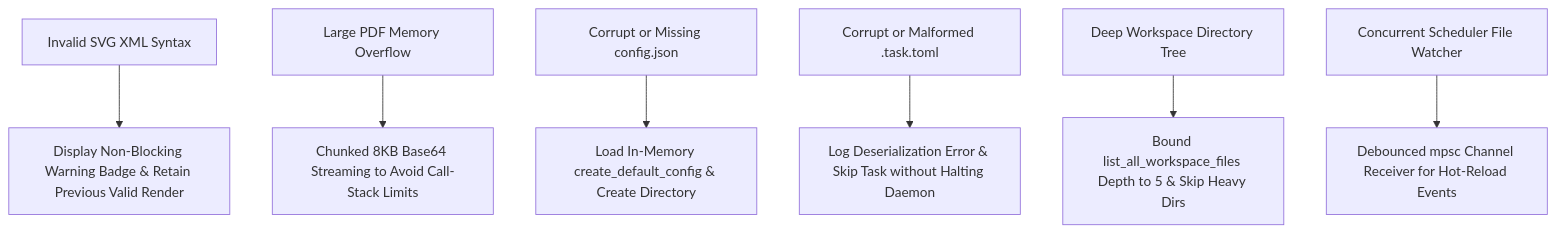
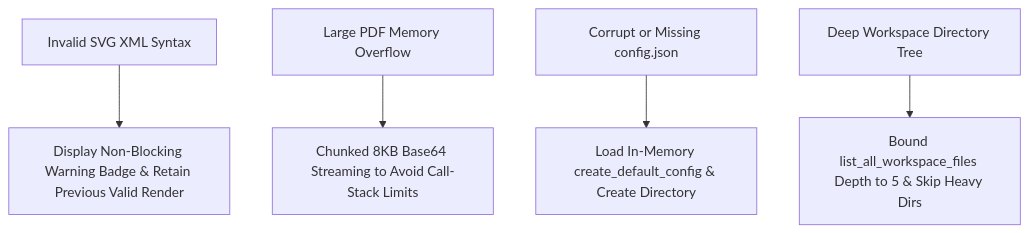
Before and after one commit to zishan049/Composer: the seventh of 8 diagrams in PRD.md, drawn with Mermaid. The commit also changed other lines of this file and 11 other files, not shown here.

````diff
--- a/PRD.md
+++ b/PRD.md
@@ -696,9 +579,7 @@
 ```mermaid
 flowchart TD
     E1[Invalid SVG XML Syntax] --> R1[Display Non-Blocking Warning Badge & Retain Previous Valid Render]
     E2[Large PDF Memory Overflow] --> R2[Chunked 8KB Base64 Streaming to Avoid Call-Stack Limits]
     E3[Corrupt or Missing config.json] --> R3[Load In-Memory create_default_config & Create Directory]
-    E4[Corrupt or Malformed .task.toml] --> R4[Log Deserialization Error & Skip Task without Halting Daemon]
     E5[Deep Workspace Directory Tree] --> R5[Bound list_all_workspace_files Depth to 5 & Skip Heavy Dirs]
-    E6[Concurrent Scheduler File Watcher] --> R6[Debounced mpsc Channel Receiver for Hot-Reload Events]
 ```
````
